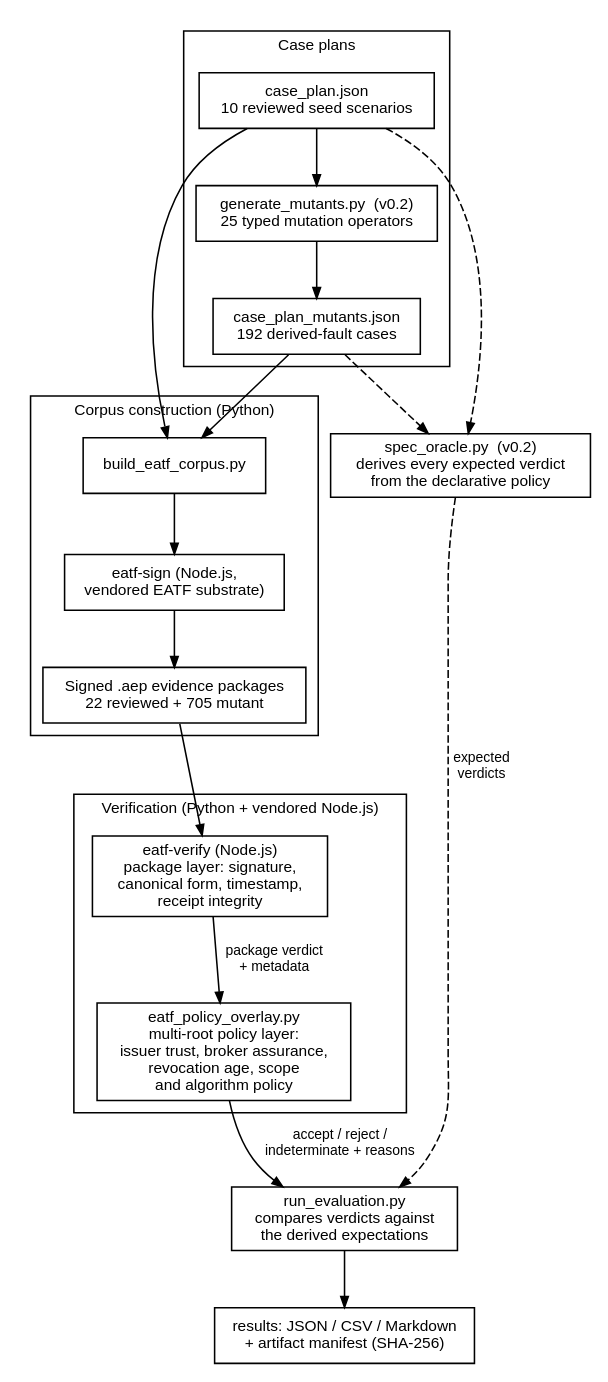
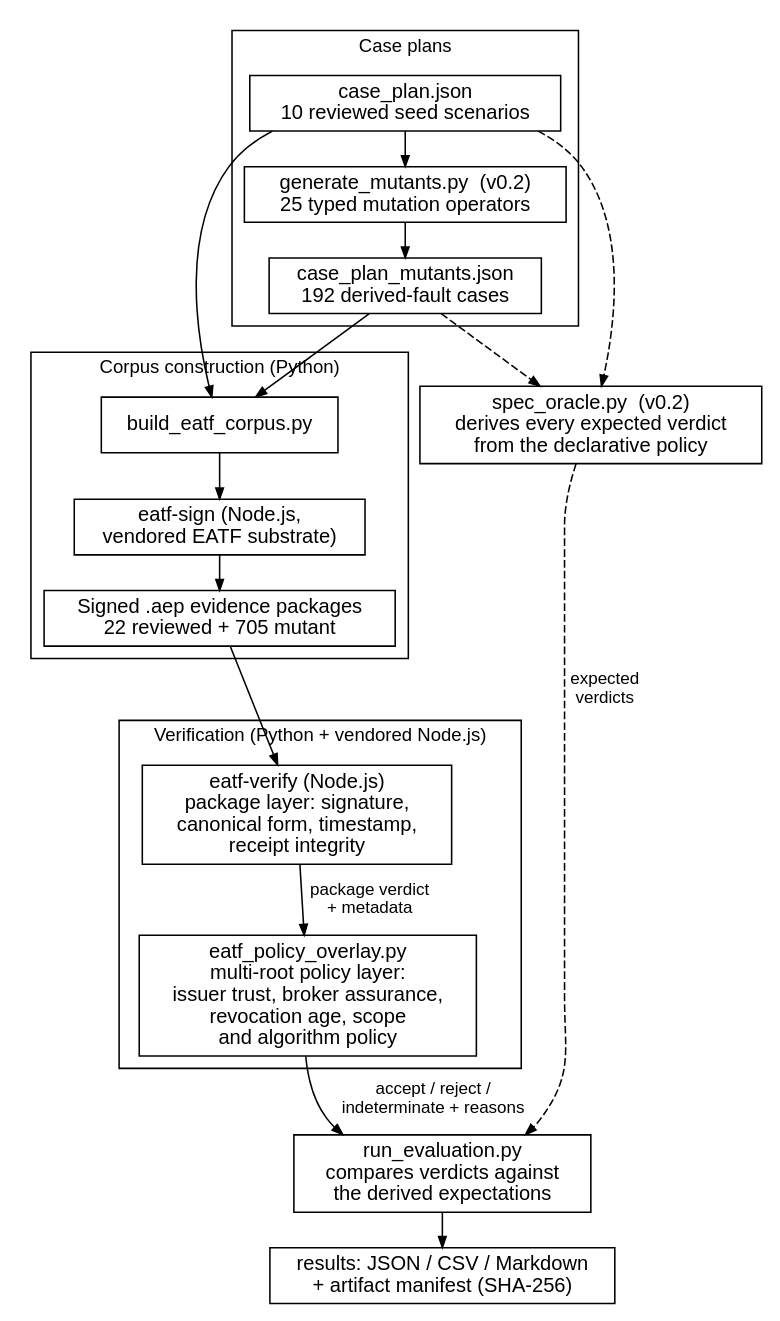
The diagram in papers/dependable-multiroot-agent-evidence/artifact/docs/fig-architecture.dot (tyche-institute/eatf-multiroot-softwarex), drawn with Graphviz before and after one commit. The commit also changed 761 other files, not shown here.

```diff
--- a/papers/dependable-multiroot-agent-evidence/artifact/docs/fig-architecture.dot
+++ b/papers/dependable-multiroot-agent-evidence/artifact/docs/fig-architecture.dot
@@ -1,43 +1,45 @@
 // EATF-MultiRoot v0.2 architecture — rebuilt 2026-08-09 (referee gate 10: the
 // previous figure depicted the v0.1 pipeline without the oracle or mutants).
 // Strict B&W: black on white, no fills, square corners.
 digraph EATFMultiRoot {
   rankdir=TB;
-  node [shape=box, style=solid, color=black, fontcolor=black, fontname="Helvetica", fontsize=10];
-  edge [color=black, fontname="Helvetica", fontsize=9, arrowsize=0.7];
+  ranksep=0.30;
+  nodesep=0.28;
+  node [shape=box, style=solid, color=black, fontcolor=black, fontname="Helvetica", fontsize=13];
+  edge [color=black, fontname="Helvetica", fontsize=11, arrowsize=0.7];
 
   subgraph cluster_plan {
-    label="Case plans"; color=black; fontname="Helvetica"; fontsize=10;
+    label="Case plans"; color=black; fontname="Helvetica"; fontsize=12;
     seeds  [label="case_plan.json\n10 reviewed seed scenarios"];
     mutgen [label="generate_mutants.py  (v0.2)\n25 typed mutation operators"];
     mplan  [label="case_plan_mutants.json\n192 derived-fault cases"];
   }
 
   oracle [label="spec_oracle.py  (v0.2)\nderives every expected verdict\nfrom the declarative policy"];
 
   subgraph cluster_gen {
-    label="Corpus construction (Python)"; color=black; fontname="Helvetica"; fontsize=10;
+    label="Corpus construction (Python)"; color=black; fontname="Helvetica"; fontsize=12;
     gen    [label="build_eatf_corpus.py"];
     sign   [label="eatf-sign (Node.js,\nvendored EATF substrate)"];
     pkgs   [label="Signed .aep evidence packages\n22 reviewed + 705 mutant"];
   }
 
   subgraph cluster_ver {
-    label="Verification (Python + vendored Node.js)"; color=black; fontname="Helvetica"; fontsize=10;
+    label="Verification (Python + vendored Node.js)"; color=black; fontname="Helvetica"; fontsize=12;
     verify [label="eatf-verify (Node.js)\npackage layer: signature,\ncanonical form, timestamp,\nreceipt integrity"];
     overlay[label="eatf_policy_overlay.py\nmulti-root policy layer:\nissuer trust, broker assurance,\nrevocation age, scope\nand algorithm policy"];
   }
 
   runner [label="run_evaluation.py\ncompares verdicts against\nthe derived expectations"];
   res    [label="results: JSON / CSV / Markdown\n+ artifact manifest (SHA-256)"];
 
   seeds -> gen;
   seeds -> mutgen -> mplan -> gen;
   seeds -> oracle [style=dashed];
   mplan -> oracle [style=dashed];
   gen -> sign -> pkgs -> verify;
   verify -> overlay [label="package verdict\n+ metadata"];
   overlay -> runner [label="accept / reject /\nindeterminate + reasons"];
   oracle -> runner [style=dashed, label="expected\nverdicts"];
   runner -> res;
 }
```
